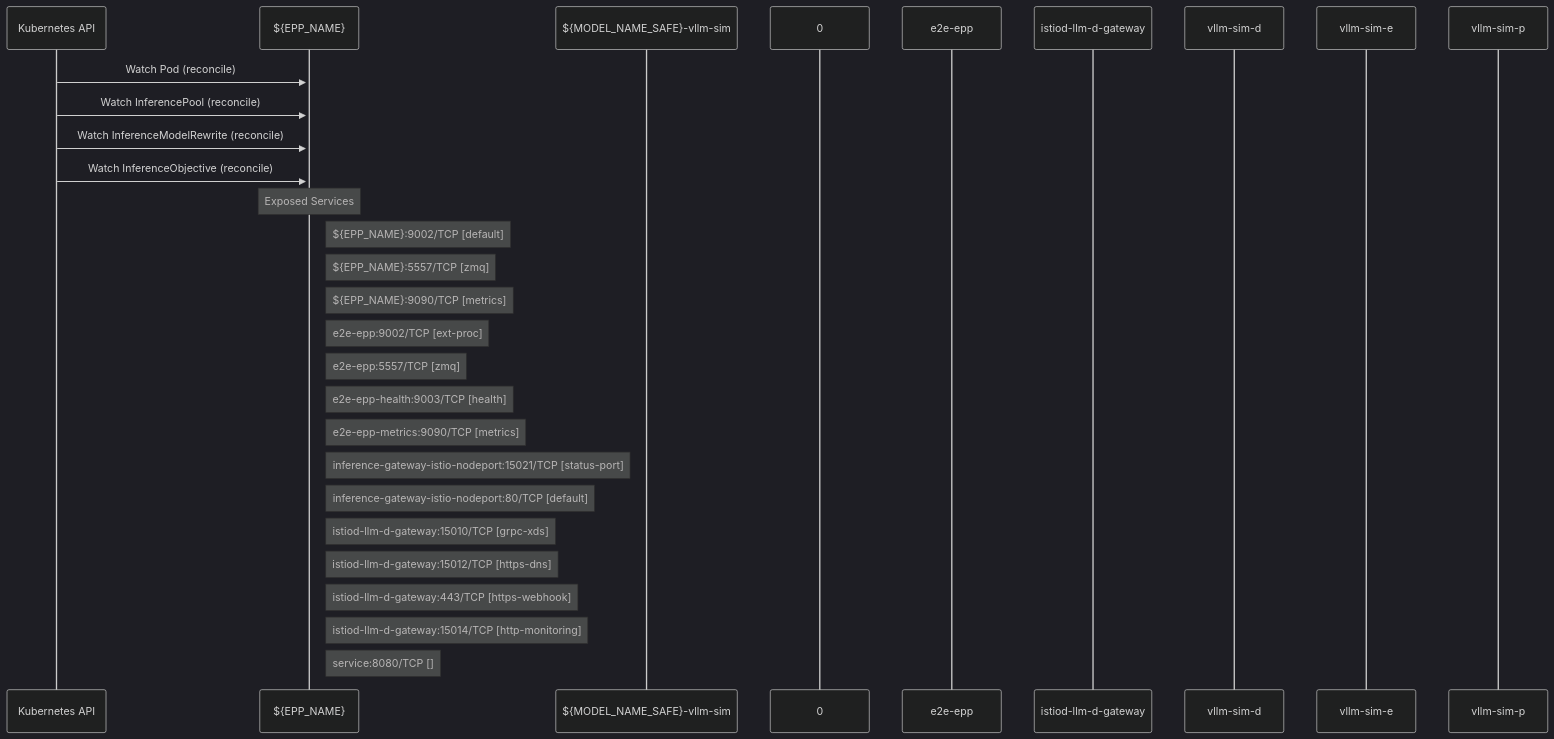
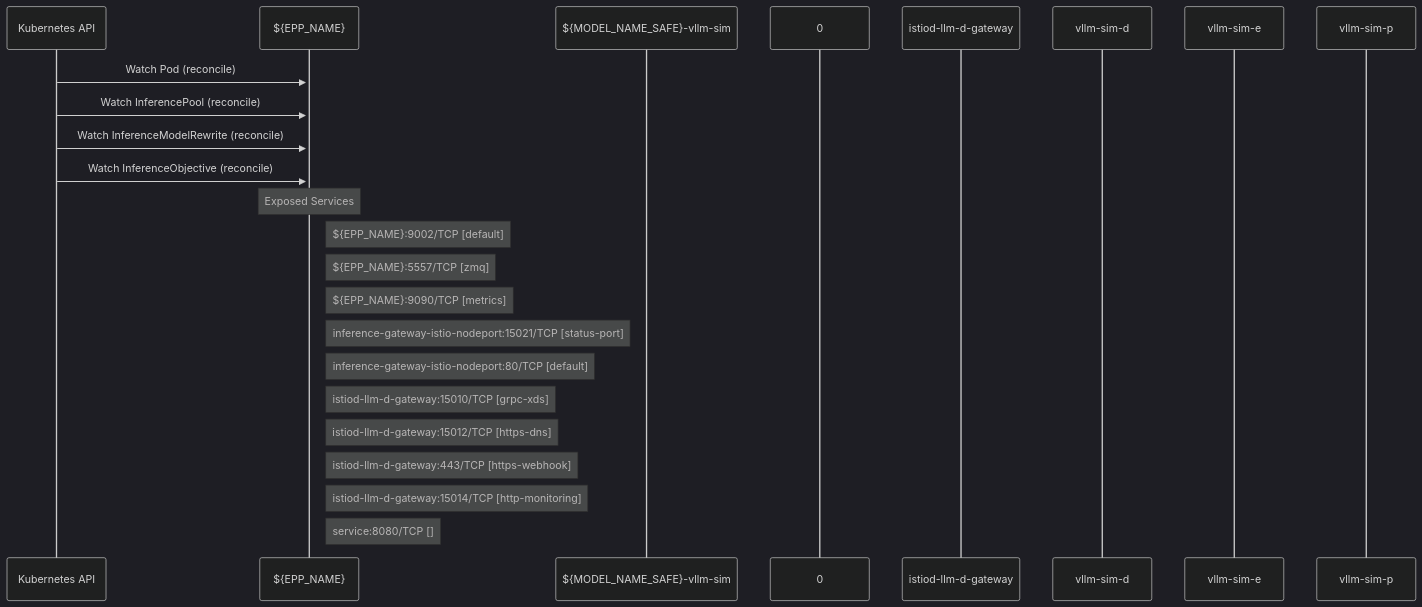
The diagram in site/docs/odh-platform/components/llm_d_inference_scheduler/dataflow.md (ugiordan/rhoai-architecture-analyzer), drawn with Mermaid (dark theme) before and after one commit. The commit also changed 227 other files, not shown here.

````diff
--- a/site/docs/odh-platform/components/llm_d_inference_scheduler/dataflow.md
+++ b/site/docs/odh-platform/components/llm_d_inference_scheduler/dataflow.md
@@ -18,35 +18,30 @@
 ```mermaid
 sequenceDiagram
     %% Static dataflow for llm-d-inference-scheduler
 
     participant KubernetesAPI as Kubernetes API
     participant n___EPP_NAME_ as ${EPP_NAME}
     participant n___MODEL_NAME_SAFE__vllm_sim as ${MODEL_NAME_SAFE}-vllm-sim
     participant n_0 as 0
-    participant e2e_epp as e2e-epp
     participant istiod_llm_d_gateway as istiod-llm-d-gateway
     participant vllm_sim_d as vllm-sim-d
     participant vllm_sim_e as vllm-sim-e
     participant vllm_sim_p as vllm-sim-p
 
     KubernetesAPI->>+n___EPP_NAME_: Watch Pod (reconcile)
     KubernetesAPI->>+n___EPP_NAME_: Watch InferencePool (reconcile)
     KubernetesAPI->>+n___EPP_NAME_: Watch InferenceModelRewrite (reconcile)
     KubernetesAPI->>+n___EPP_NAME_: Watch InferenceObjective (reconcile)
 
     Note over n___EPP_NAME_: Exposed Services
     Note right of n___EPP_NAME_: ${EPP_NAME}:9002/TCP [default]
     Note right of n___EPP_NAME_: ${EPP_NAME}:5557/TCP [zmq]
     Note right of n___EPP_NAME_: ${EPP_NAME}:9090/TCP [metrics]
-    Note right of n___EPP_NAME_: e2e-epp:9002/TCP [ext-proc]
-    Note right of n___EPP_NAME_: e2e-epp:5557/TCP [zmq]
-    Note right of n___EPP_NAME_: e2e-epp-health:9003/TCP [health]
-    Note right of n___EPP_NAME_: e2e-epp-metrics:9090/TCP [metrics]
     Note right of n___EPP_NAME_: inference-gateway-istio-nodeport:15021/TCP [status-port]
     Note right of n___EPP_NAME_: inference-gateway-istio-nodeport:80/TCP [default]
     Note right of n___EPP_NAME_: istiod-llm-d-gateway:15010/TCP [grpc-xds]
     Note right of n___EPP_NAME_: istiod-llm-d-gateway:15012/TCP [https-dns]
     Note right of n___EPP_NAME_: istiod-llm-d-gateway:443/TCP [https-webhook]
     Note right of n___EPP_NAME_: istiod-llm-d-gateway:15014/TCP [http-monitoring]
     Note right of n___EPP_NAME_: service:8080/TCP []
 ```
````
